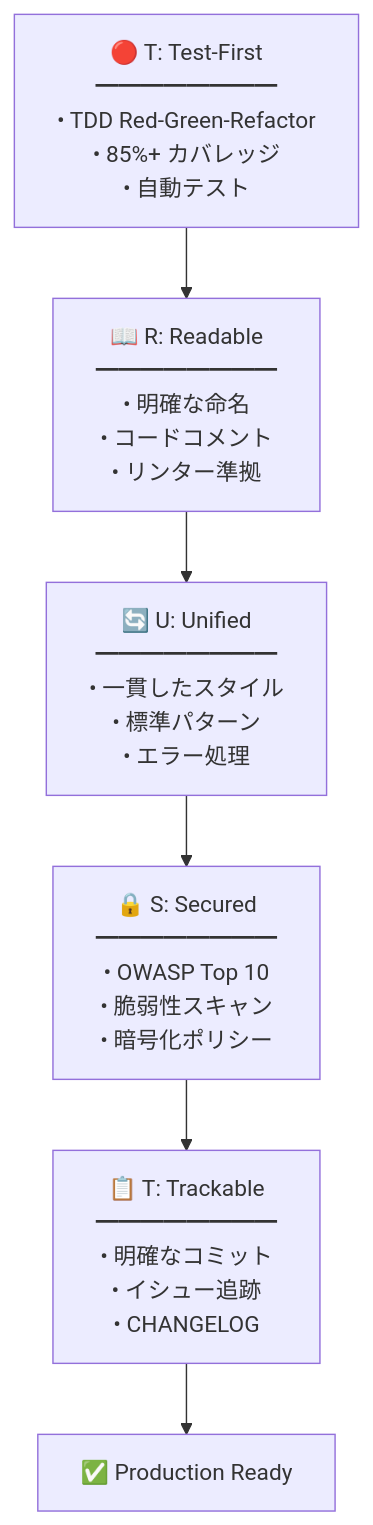
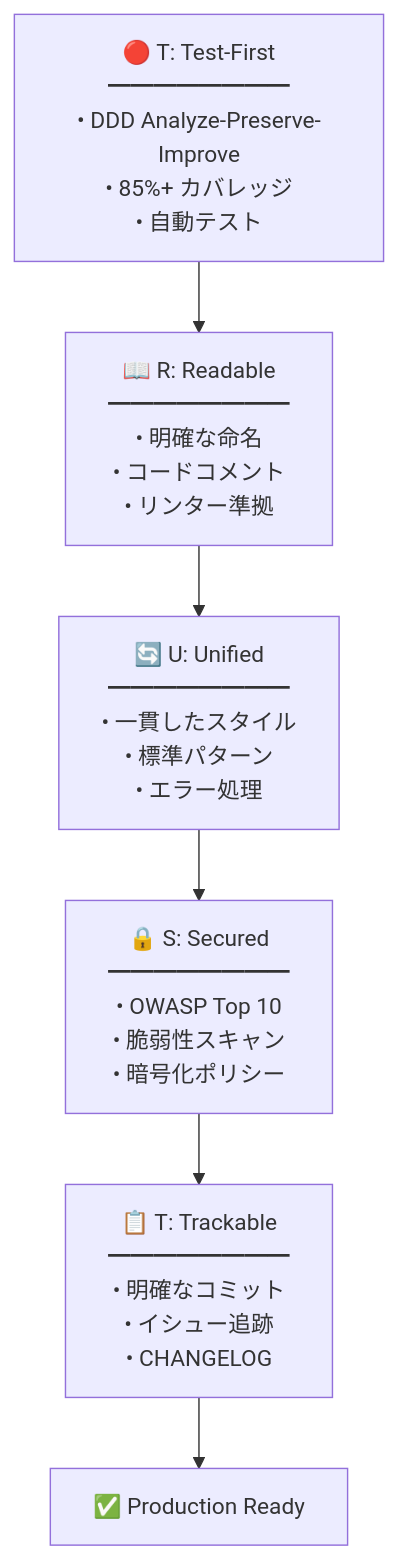
One commit to modu-ai/moai-adk changed the eighth of 8 diagrams in README.ja.md. Above: the diagram before and after it, drawn with Mermaid. The commit also changed other lines of this file and 125 other files, not shown here.

````diff
--- a/README.ja.md
+++ b/README.ja.md
@@ -1389,10 +1344,10 @@
 ```mermaid
 graph TD
-    T1["🔴 T: Test-First<br/>━━━━━━━━<br/>• TDD Red-Green-Refactor<br/>• 85%+ カバレッジ<br/>• 自動テスト"]
+    T1["🔴 T: Test-First<br/>━━━━━━━━<br/>• DDD Analyze-Preserve-Improve<br/>• 85%+ カバレッジ<br/>• 自動テスト"]
     R["📖 R: Readable<br/>━━━━━━━━<br/>• 明確な命名<br/>• コードコメント<br/>• リンター準拠"]
     U["🔄 U: Unified<br/>━━━━━━━━<br/>• 一貫したスタイル<br/>• 標準パターン<br/>• エラー処理"]
     S["🔒 S: Secured<br/>━━━━━━━━<br/>• OWASP Top 10<br/>• 脆弱性スキャン<br/>• 暗号化ポリシー"]
     T2["📋 T: Trackable<br/>━━━━━━━━<br/>• 明確なコミット<br/>• イシュー追跡<br/>• CHANGELOG"]
 
     T1 --> R --> U --> S --> T2 --> Deploy["✅ Production Ready"]
 ```
````
